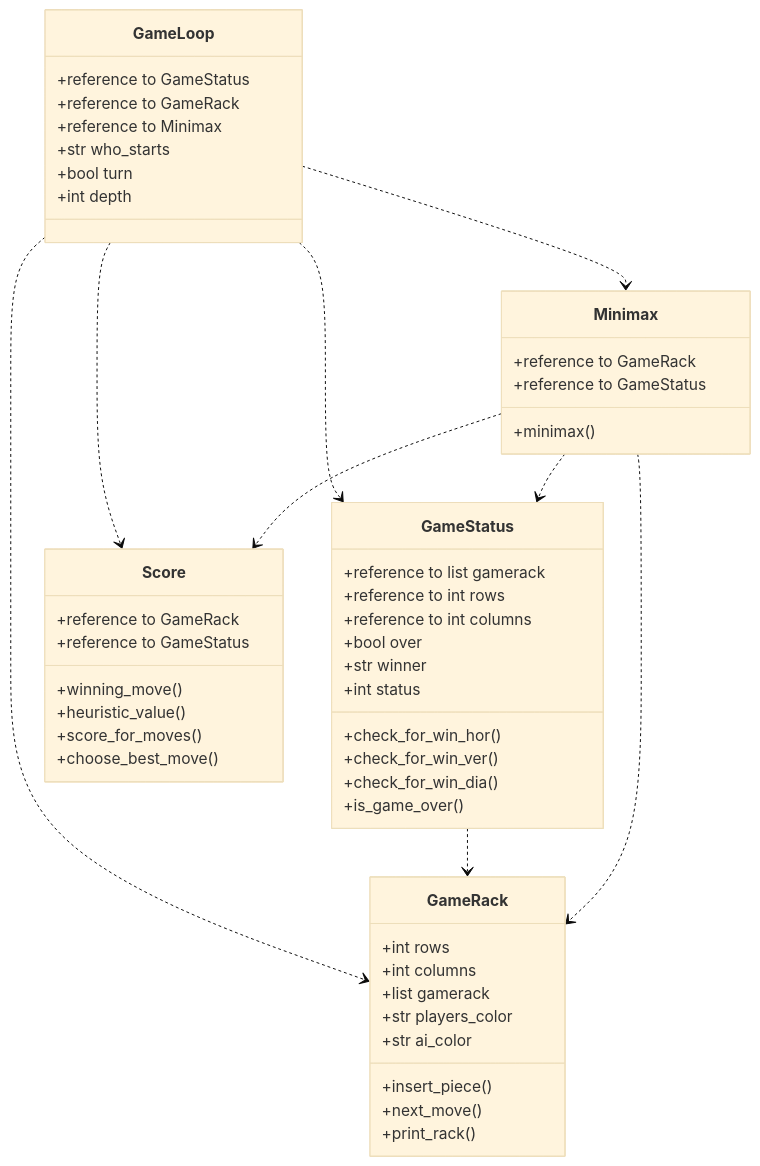
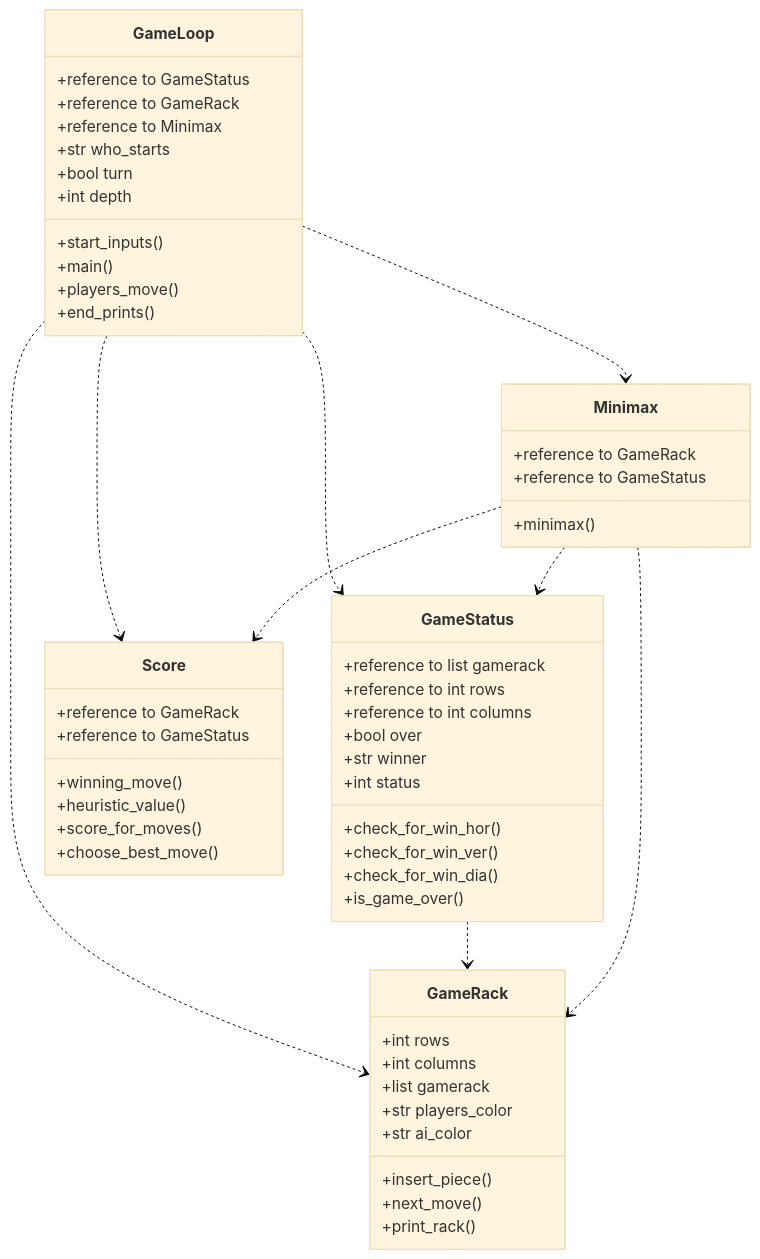
Before and after one commit to lottapispa/Connect-Four-tiralabra: the diagram in documentation/implementation.md, drawn with Mermaid (base theme). The commit also changed other lines of this file, not shown here.

````diff
--- a/documentation/implementation.md
+++ b/documentation/implementation.md
@@ -4,54 +4,58 @@
 ```mermaid
 classDiagram
     GameLoop ..> GameStatus
     GameLoop ..> GameRack
     GameLoop ..> Minimax
     GameLoop ..> Score
     GameStatus ..> GameRack
     Minimax ..> GameStatus
     Minimax ..> GameRack
     Minimax ..> Score
     class GameLoop{
         +reference to GameStatus
         +reference to GameRack
         +reference to Minimax
         +str who_starts
         +bool turn
         +int depth
+        +start_inputs()
+        +main()
+        +players_move()
+        +end_prints()
     }
     class GameStatus{
         +reference to list gamerack
         +reference to int rows
         +reference to int columns
         +bool over
         +str winner
         +int status
         +check_for_win_hor()
         +check_for_win_ver()
         +check_for_win_dia()
         +is_game_over()
     }
     class GameRack{
         +int rows
         +int columns
         +list gamerack
         +str players_color
         +str ai_color
         +insert_piece()
         +next_move()
         +print_rack()
     }
     class Minimax{
         +reference to GameRack
         +reference to GameStatus
         +minimax()
     }
     class Score{
         +reference to GameRack
         +reference to GameStatus
         +winning_move()
         +heuristic_value()
         +score_for_moves()
         +choose_best_move()
     }
 ```
````
